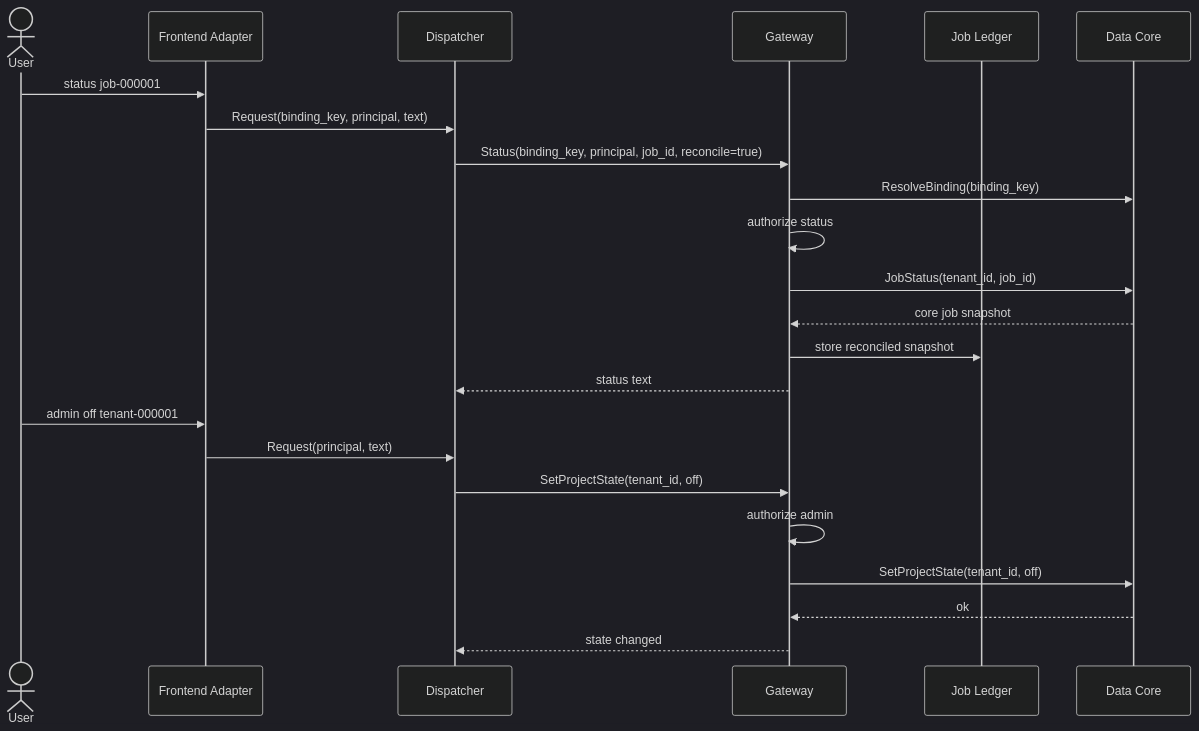
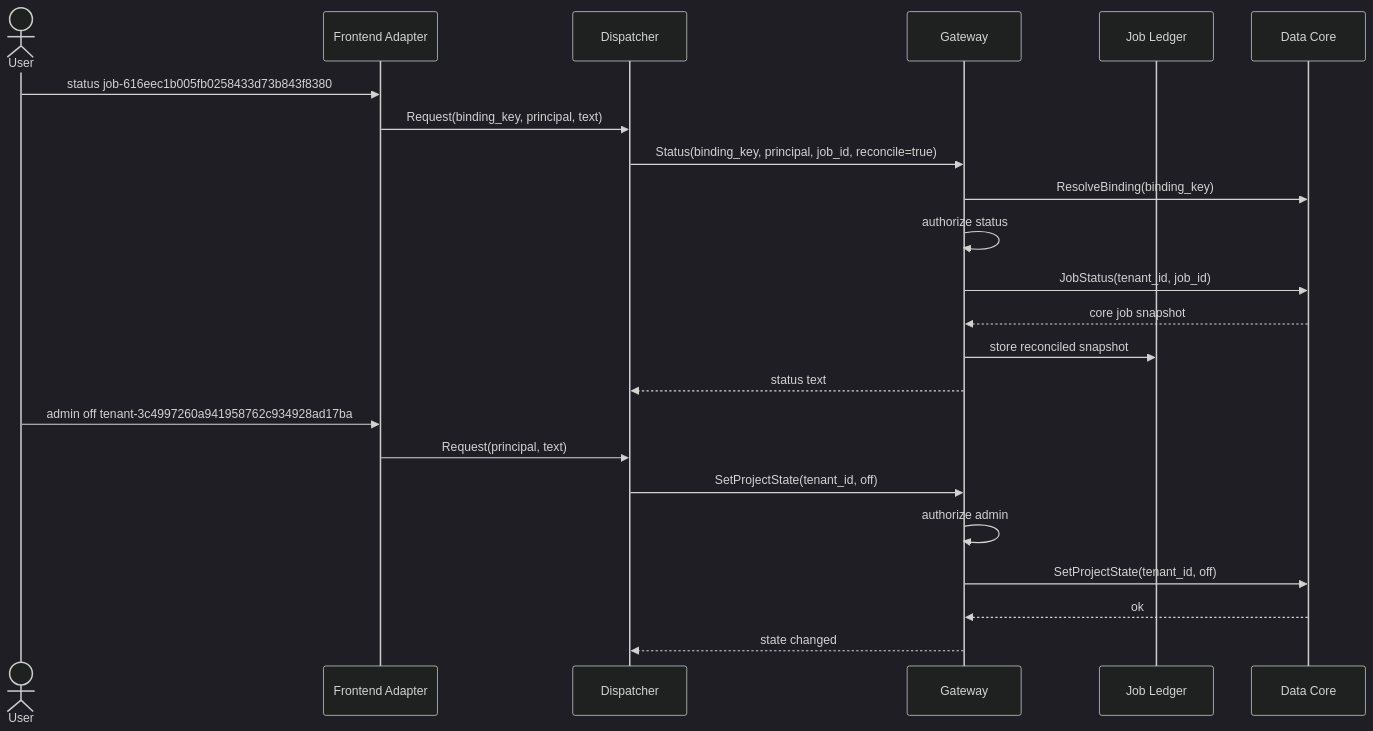
Before and after one commit to baekenough/workspace-brain: the fourth of 4 diagrams in ARCHITECTURE.md, drawn with Mermaid (dark theme). The commit also changed other lines of this file and 9 other files, not shown here.

````diff
--- a/ARCHITECTURE.md
+++ b/ARCHITECTURE.md
@@ -156,27 +156,27 @@
 ```mermaid
 sequenceDiagram
     actor User
     participant A as Frontend Adapter
     participant D as Dispatcher
     participant G as Gateway
     participant J as Job Ledger
     participant C as Data Core
 
-    User->>A: status job-000001
+    User->>A: status job-616eec1b005fb0258433d73b843f8380
     A->>D: Request(binding_key, principal, text)
     D->>G: Status(binding_key, principal, job_id, reconcile=true)
     G->>C: ResolveBinding(binding_key)
     G->>G: authorize status
     G->>C: JobStatus(tenant_id, job_id)
     C-->>G: core job snapshot
     G->>J: store reconciled snapshot
     G-->>D: status text
 
-    User->>A: admin off tenant-000001
+    User->>A: admin off tenant-3c4997260a941958762c934928ad17ba
     A->>D: Request(principal, text)
     D->>G: SetProjectState(tenant_id, off)
     G->>G: authorize admin
     G->>C: SetProjectState(tenant_id, off)
     C-->>G: ok
     G-->>D: state changed
 ```
````
